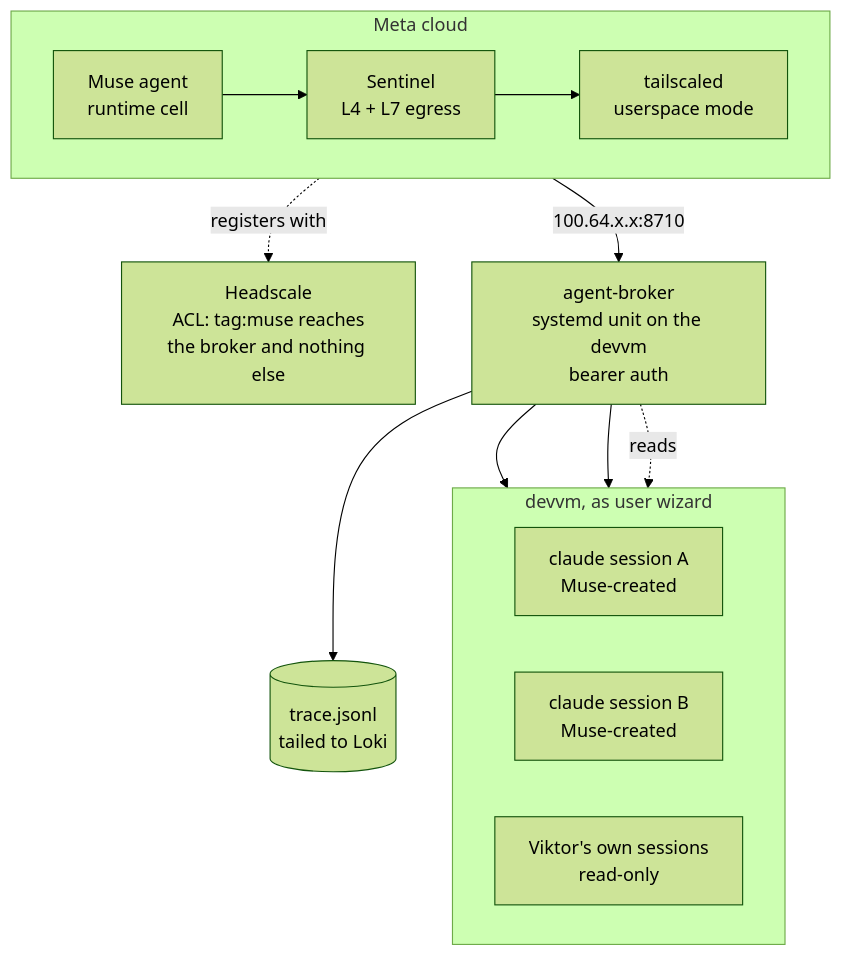
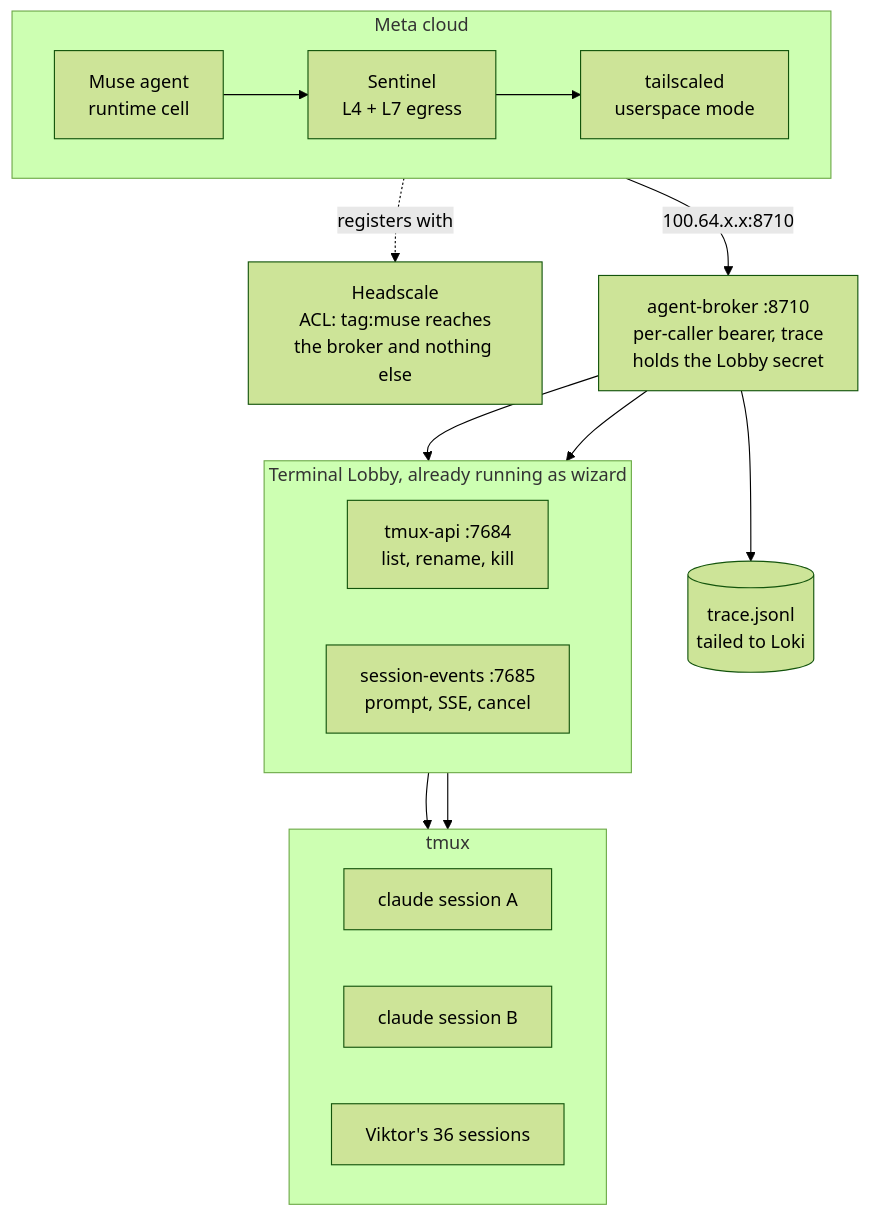
One commit to ViktorBarzin/infra changed the first of 2 diagrams in docs/plans/2026-09-14-muse-agent-broker-design.md. Above: the diagram before and after it, drawn with Mermaid (forest theme). The commit also changed other lines of this file, not shown here.

````diff
--- a/docs/plans/2026-09-14-muse-agent-broker-design.md
+++ b/docs/plans/2026-09-14-muse-agent-broker-design.md
@@ -58,22 +68,28 @@
 ```mermaid
 flowchart TB
   subgraph meta["Meta cloud"]
     direction LR
     muse["Muse agent<br/>runtime cell"] --> sentinel["Sentinel<br/>L4 + L7 egress"] --> ts["tailscaled<br/>userspace mode"]
   end
   head["Headscale<br/>ACL: tag:muse reaches<br/>the broker and nothing else"]
-  broker["agent-broker<br/>systemd unit on the devvm<br/>bearer auth"]
-  subgraph devvm["devvm, as user wizard"]
+  broker["agent-broker :8710<br/>per-caller bearer, trace<br/>holds the Lobby secret"]
+  trace[("trace.jsonl<br/>tailed to Loki")]
+  subgraph lobby["Terminal Lobby, already running as wizard"]
     direction LR
-    c1["claude session A<br/>Muse-created"]
-    c2["claude session B<br/>Muse-created"]
-    c3["Viktor's own sessions<br/>read-only"]
+    tmuxapi["tmux-api :7684<br/>list, rename, kill"]
+    sessev["session-events :7685<br/>prompt, SSE, cancel"]
   end
-  trace[("trace.jsonl<br/>tailed to Loki")]
+  subgraph tm["tmux"]
+    direction LR
+    c1["claude session A"]
+    c2["claude session B"]
+    c3["Viktor's 36 sessions"]
+  end
   ts -.registers with.-> head
   ts -->|"100.64.x.x:8710"| broker
   broker --> trace
-  broker --> c1
-  broker --> c2
-  broker -.reads.-> c3
+  broker --> tmuxapi
+  broker --> sessev
+  tmuxapi --> tm
+  sessev --> tm
 ```
````
